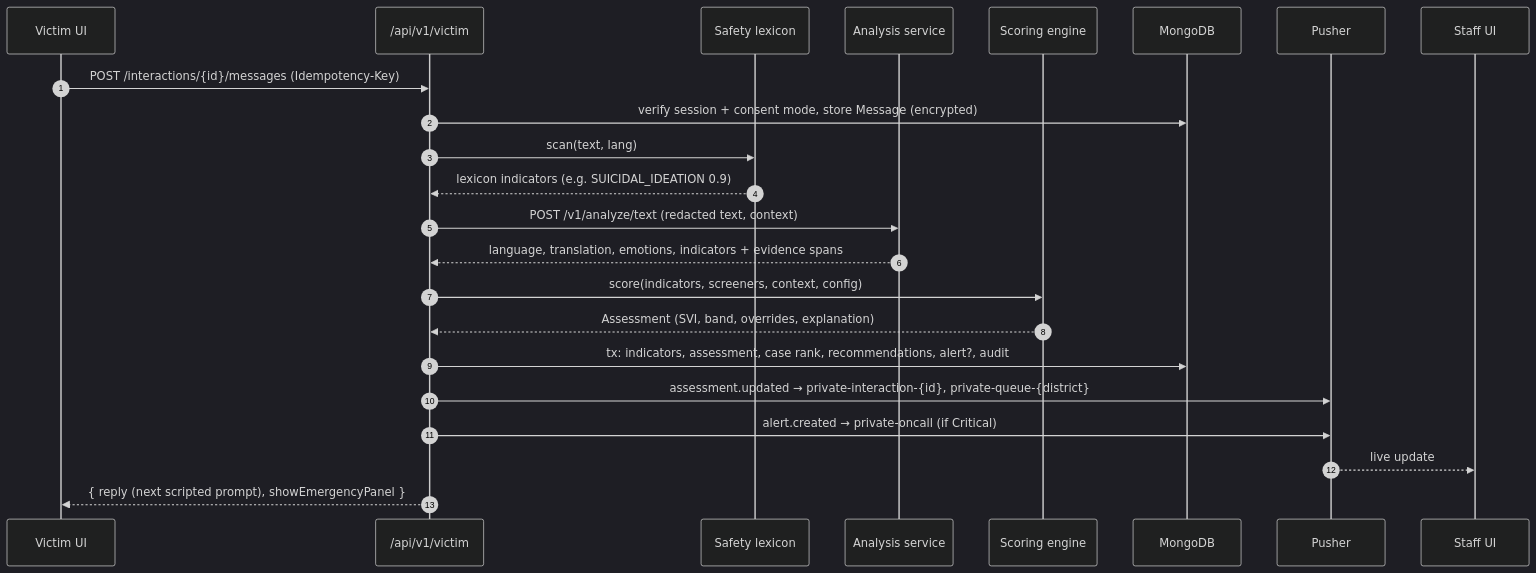
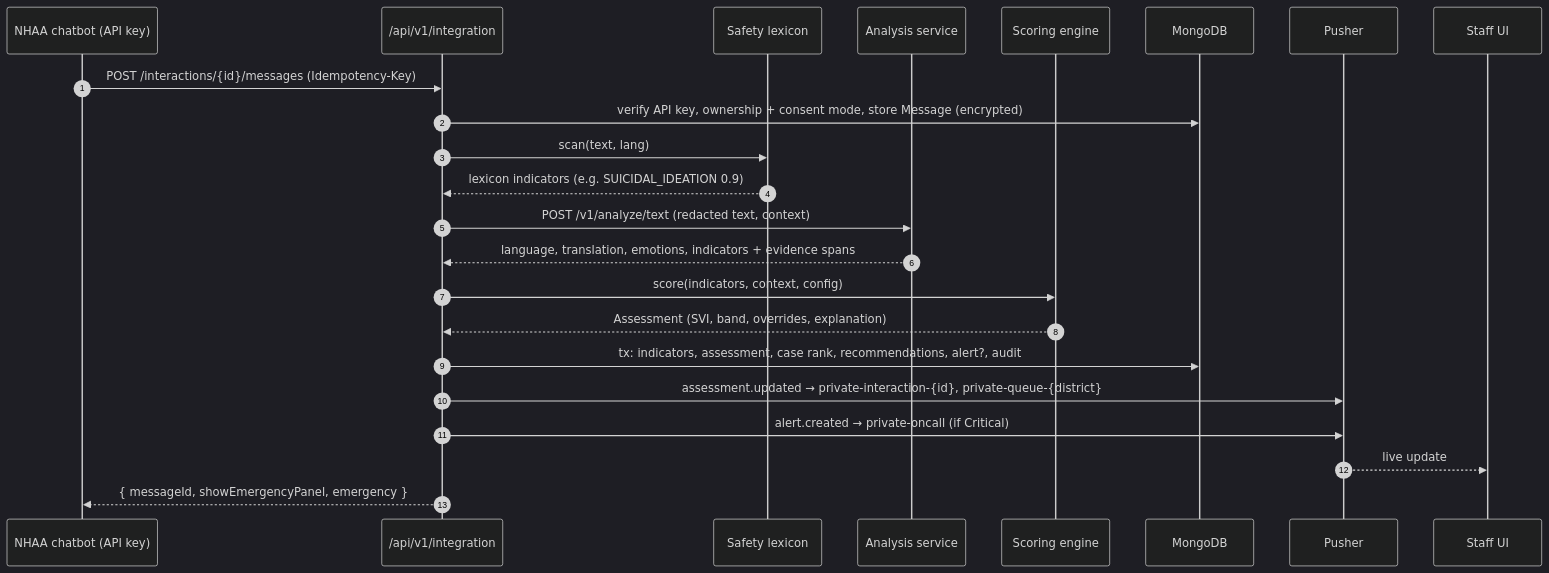
One commit to anushkaa2205/AI-Based-Real-Time-Stress-and-Trauma-Assessment-Module changed the fifth of 11 diagrams in docs/ARCHITECTURE.md. Above: the diagram before and after it, drawn with Mermaid (dark theme). The commit also changed other lines of this file and 6 other files, not shown here.

Commit message:
docs: restate the spec as a plug-in module; remove FR-SCR, the screener source, IVR_KEYPRESS and the victim API; OV-9 from words; add Phase M (M.1)

````diff
--- a/docs/ARCHITECTURE.md
+++ b/docs/ARCHITECTURE.md
@@ -233,26 +236,26 @@
 ```mermaid
 sequenceDiagram
     autonumber
-    participant V as Victim UI
-    participant API as /api/v1/victim
+    participant V as NHAA chatbot (API key)
+    participant API as /api/v1/integration
     participant LEX as Safety lexicon
     participant AS as Analysis service
     participant SC as Scoring engine
     participant DB as MongoDB
     participant PU as Pusher
     participant ST as Staff UI
 
     V->>API: POST /interactions/{id}/messages (Idempotency-Key)
-    API->>DB: verify session + consent mode, store Message (encrypted)
+    API->>DB: verify API key, ownership + consent mode, store Message (encrypted)
     API->>LEX: scan(text, lang)
     LEX-->>API: lexicon indicators (e.g. SUICIDAL_IDEATION 0.9)
     API->>AS: POST /v1/analyze/text (redacted text, context)
     AS-->>API: language, translation, emotions, indicators + evidence spans
-    API->>SC: score(indicators, screeners, context, config)
+    API->>SC: score(indicators, context, config)
     SC-->>API: Assessment (SVI, band, overrides, explanation)
     API->>DB: tx: indicators, assessment, case rank, recommendations, alert?, audit
     API->>PU: assessment.updated → private-interaction-{id}, private-queue-{district}
     API->>PU: alert.created → private-oncall (if Critical)
     PU-->>ST: live update
-    API-->>V: { reply (next scripted prompt), showEmergencyPanel }
+    API-->>V: { messageId, showEmergencyPanel, emergency }
 ```
````
